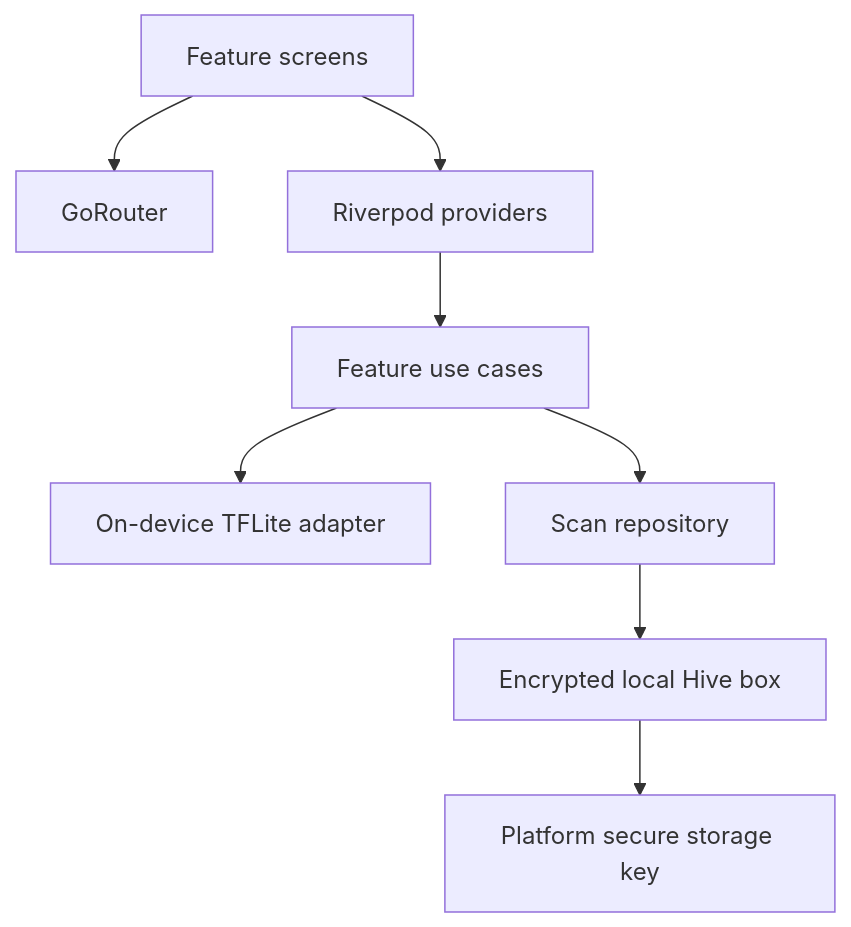
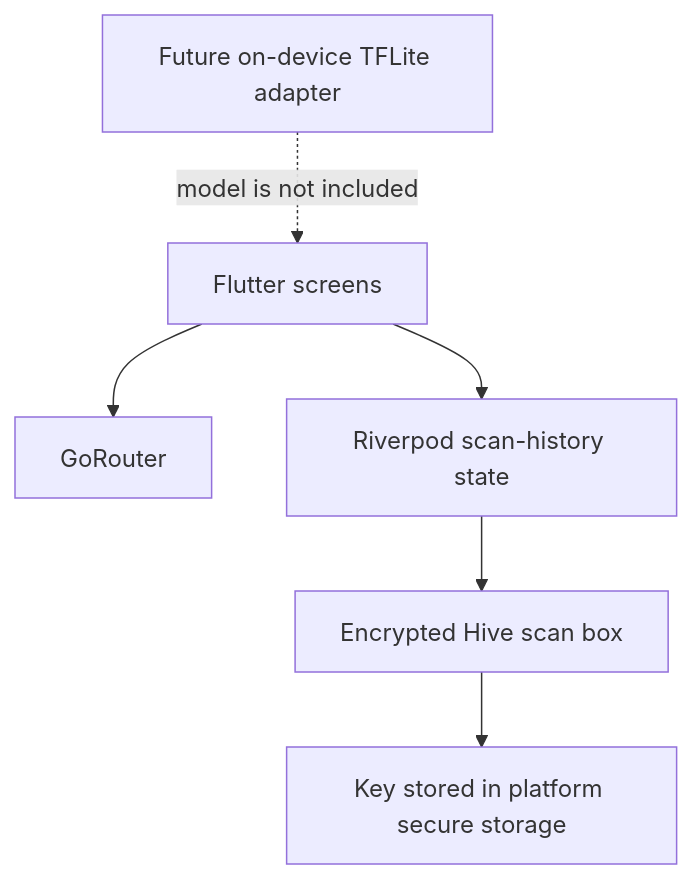
One commit to Amunikeqtip/Skin-AI-Assist changed the diagram in README.md. Above: the diagram before and after it, drawn with Mermaid. The commit also changed other lines of this file and 43 other files, not shown here.

First line of the commit message:
Add scan providers, image quality checker, and emergency advice screen

````diff
--- a/README.md
+++ b/README.md
@@ -30,10 +179,8 @@
 ```mermaid
 flowchart TD
-  UI[Feature screens] --> Router[GoRouter]
-  UI --> State[Riverpod providers]
-  State --> UseCases[Feature use cases]
-  UseCases --> Model[On-device TFLite adapter]
-  UseCases --> Repo[Scan repository]
-  Repo --> Hive[Encrypted local Hive box]
-  Hive --> Key[Platform secure storage key]
+  Screens[Flutter screens] --> Router[GoRouter]
+  Screens --> Providers[Riverpod scan-history state]
+  Providers --> ScanStore[Encrypted Hive scan box]
+  ScanStore --> Key[Key stored in platform secure storage]
+  Model[Future on-device TFLite adapter] -. model is not included .-> Screens
 ```
````
